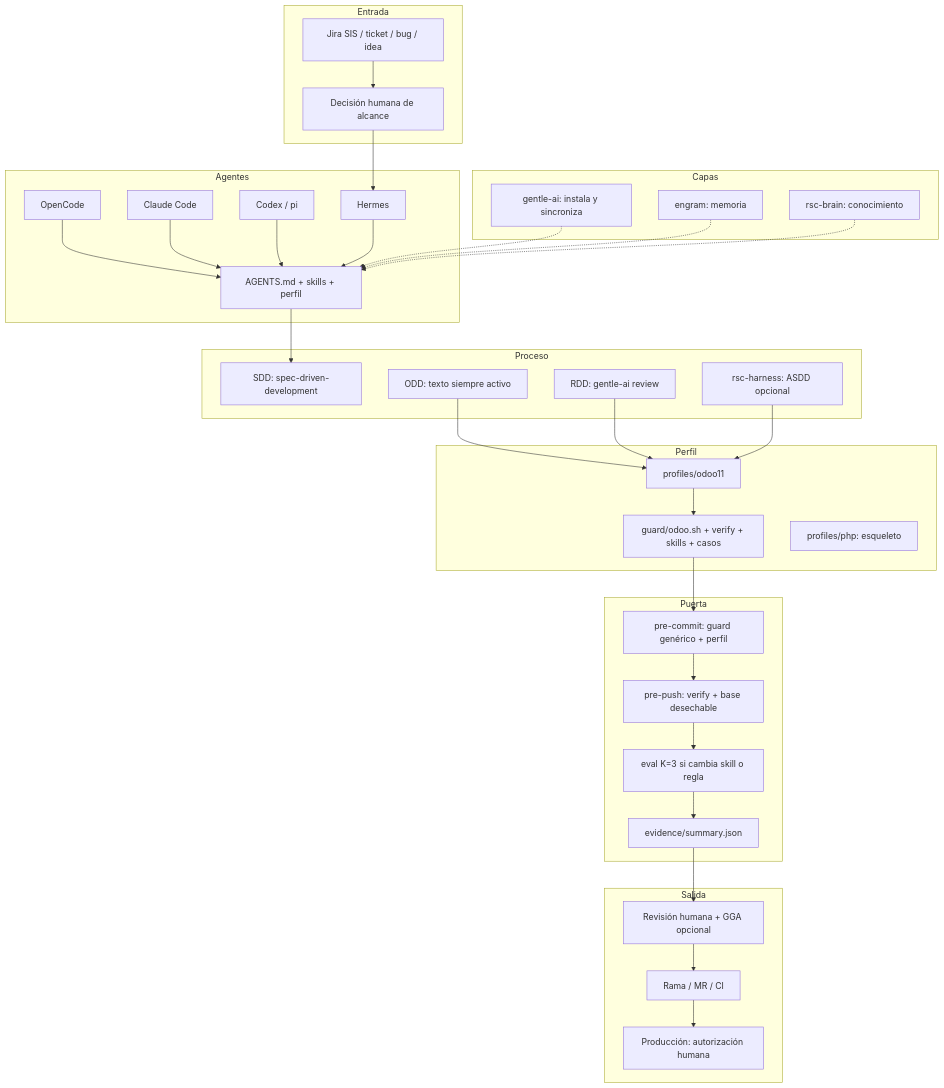
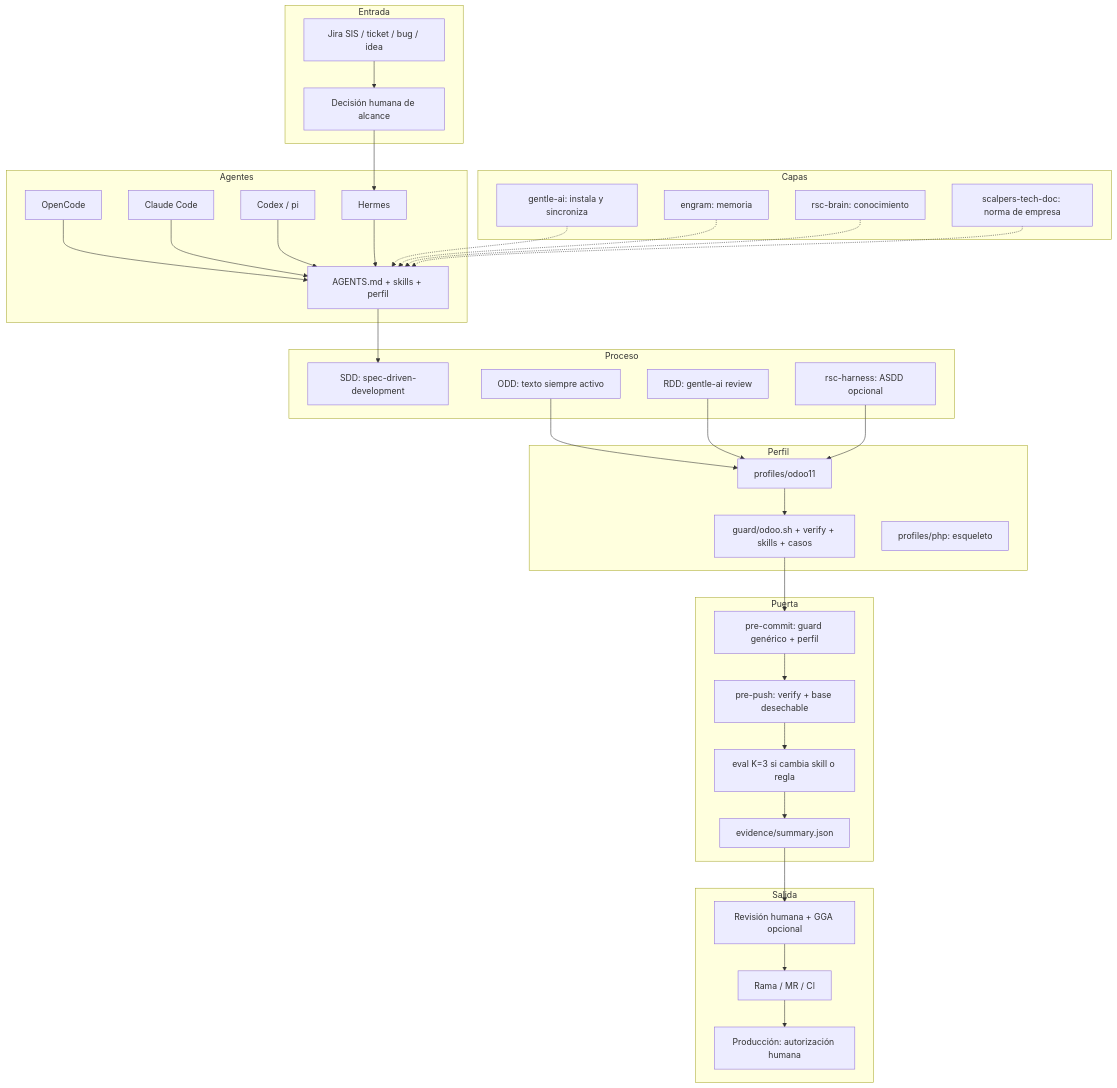
One commit to ScalpersCompany/dev-agent-kit changed the first of 2 diagrams in docs/DIAGRAMA-SISTEMA.md. Above: the diagram before and after it, drawn with Mermaid. The commit also changed other lines of this file and 11 other files, not shown here.

````diff
--- a/docs/DIAGRAMA-SISTEMA.md
+++ b/docs/DIAGRAMA-SISTEMA.md
@@ -8,63 +8,65 @@
 ```mermaid
 flowchart TB
   subgraph Entrada
     A[Jira SIS / ticket / bug / idea]
     A2[Decisión humana de alcance]
   end
 
   subgraph Agentes
     B[Hermes]
     B2[OpenCode]
     B3[Claude Code]
     B4[Codex / pi]
     C[AGENTS.md + skills + perfil]
   end
 
   subgraph Proceso
     D[SDD: spec-driven-development]
     D2[ODD: texto siempre activo]
     D3[RDD: gentle-ai review]
     D4[rsc-harness: ASDD opcional]
   end
 
   subgraph Perfil
     E[profiles/odoo11]
     E2[guard/odoo.sh + verify + skills + casos]
     E3[profiles/php: esqueleto]
   end
 
   subgraph Puerta
     F[pre-commit: guard genérico + perfil]
     G[pre-push: verify + base desechable]
     H[eval K=3 si cambia skill o regla]
     I[evidence/summary.json]
   end
 
   subgraph Salida
     J[Revisión humana + GGA opcional]
     K[Rama / MR / CI]
     L[Producción: autorización humana]
   end
 
   subgraph Capas
     M[gentle-ai: instala y sincroniza]
     N[engram: memoria]
     O[rsc-brain: conocimiento]
+    P[scalpers-tech-doc: norma de empresa]
   end
 
   A --> A2 --> B
   B2 --> C
   B3 --> C
   B4 --> C
   B --> C
   C --> D
   D2 --> E
   D3 --> E
   D4 --> E
   E --> E2
   E2 --> F --> G --> H --> I --> J
   J --> K --> L
   M -.-> C
   N -.-> C
   O -.-> C
+  P -.-> C
 ```
````
